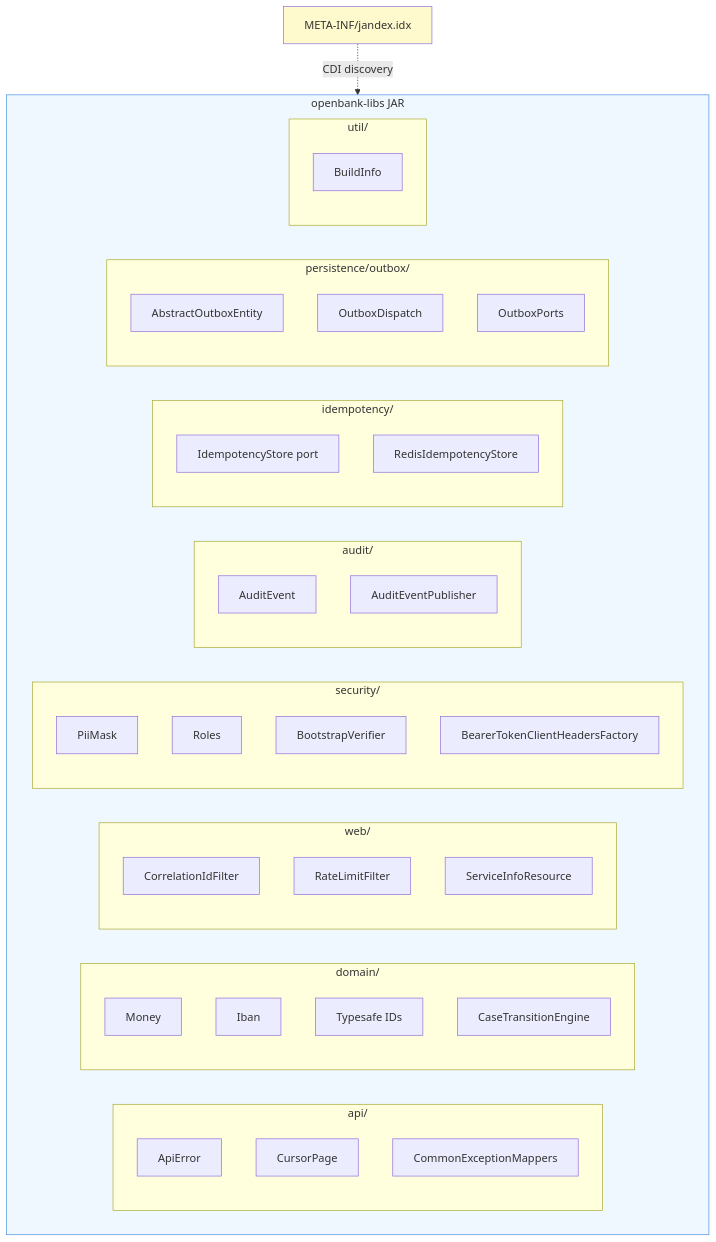
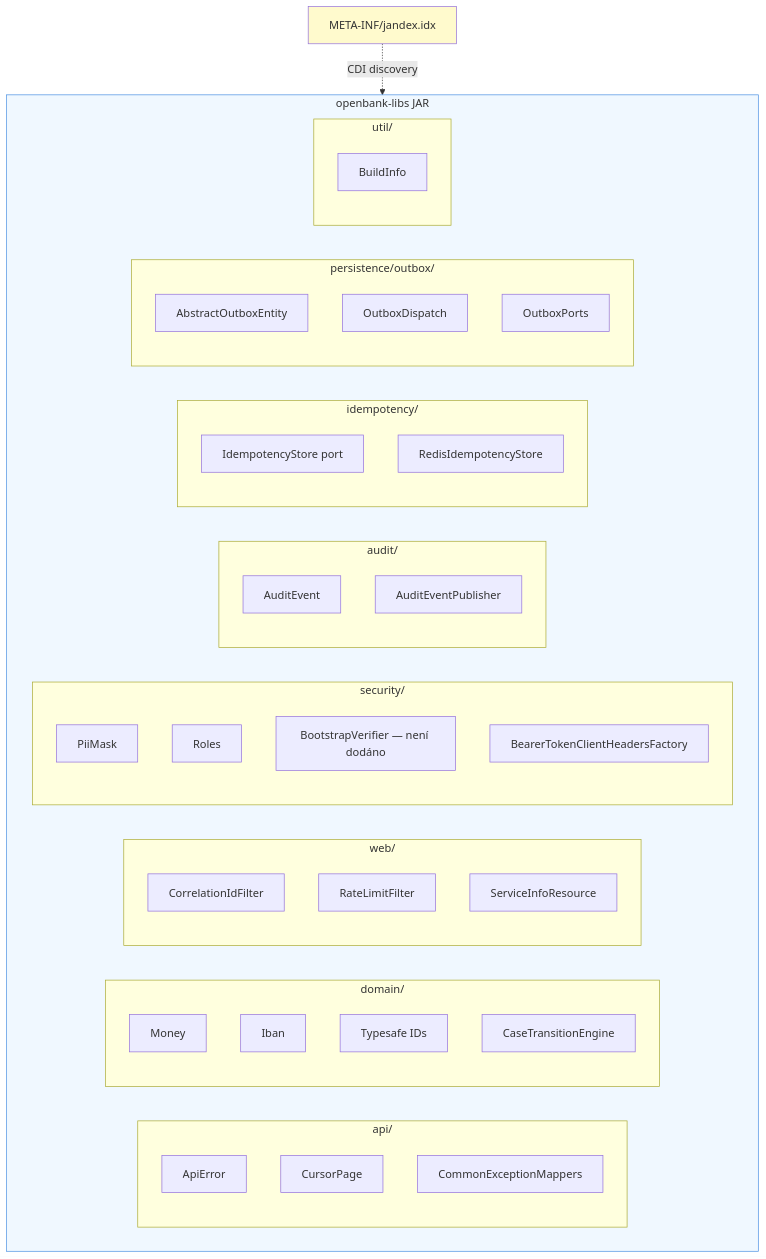
Before and after one commit to JiRaska/open-bank-oss: the second of 3 diagrams in openbank-libs/docs/02-architecture.cs.md, drawn with Mermaid. The commit also changed other lines of this file and 11 other files, not shown here.

````diff
--- a/openbank-libs/docs/02-architecture.cs.md
+++ b/openbank-libs/docs/02-architecture.cs.md
@@ -35,49 +35,49 @@
 ```mermaid
 graph TB
   subgraph libs[openbank-libs JAR]
     direction LR
     subgraph api[api/]
       ApiError
       CursorPage
       CommonExceptionMappers
     end
     subgraph domain[domain/]
       Money
       Iban
       EntityId[Typesafe IDs]
       Case[CaseTransitionEngine]
     end
     subgraph web[web/]
       CorrelationIdFilter
       RateLimitFilter
       ServiceInfoResource
     end
     subgraph security[security/]
       PiiMask
       Roles
-      BootstrapVerifier
+      BV["BootstrapVerifier — není dodáno"]
       BearerHeaders[BearerTokenClientHeadersFactory]
     end
     subgraph audit[audit/]
       AuditEvent
       AuditPub[AuditEventPublisher]
     end
     subgraph idempot[idempotency/]
       IdemStore[IdempotencyStore port]
       RedisImpl[RedisIdempotencyStore]
     end
     subgraph outbox[persistence/outbox/]
       AbstractOutboxEntity
       OutboxDispatch
       OutboxPorts
     end
     subgraph util[util/]
       BuildInfo
     end
   end
 
   Jandex[META-INF/jandex.idx] -.->|CDI discovery| libs
 
   style libs fill:#f0f8ff,stroke:#4a90e2
   style Jandex fill:#fffacd
 ```
````
